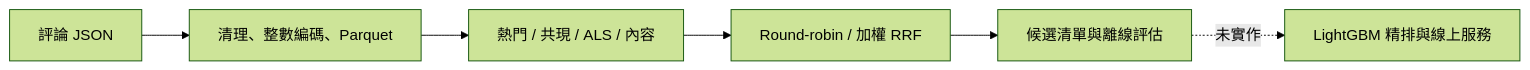
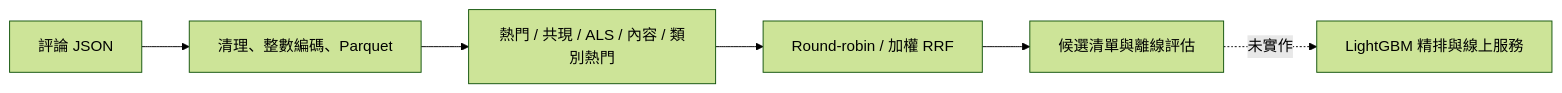
One commit to mina201199/amazon-recsys-571m changed the diagram in README.md. Above: the diagram before and after it, drawn with Mermaid (forest theme). The commit also changed other lines of this file and 7 other files, not shown here.

````diff
--- a/README.md
+++ b/README.md
@@ -16,8 +16,8 @@
 ```mermaid
 flowchart LR
     A[評論 JSON] --> B[清理、整數編碼、Parquet]
-    B --> C[熱門 / 共現 / ALS / 內容]
+    B --> C[熱門 / 共現 / ALS / 內容 / 類別熱門]
     C --> D[Round-robin / 加權 RRF]
     D --> E[候選清單與離線評估]
     E -. 未實作 .-> F[LightGBM 精排與線上服務]
 ```
````
